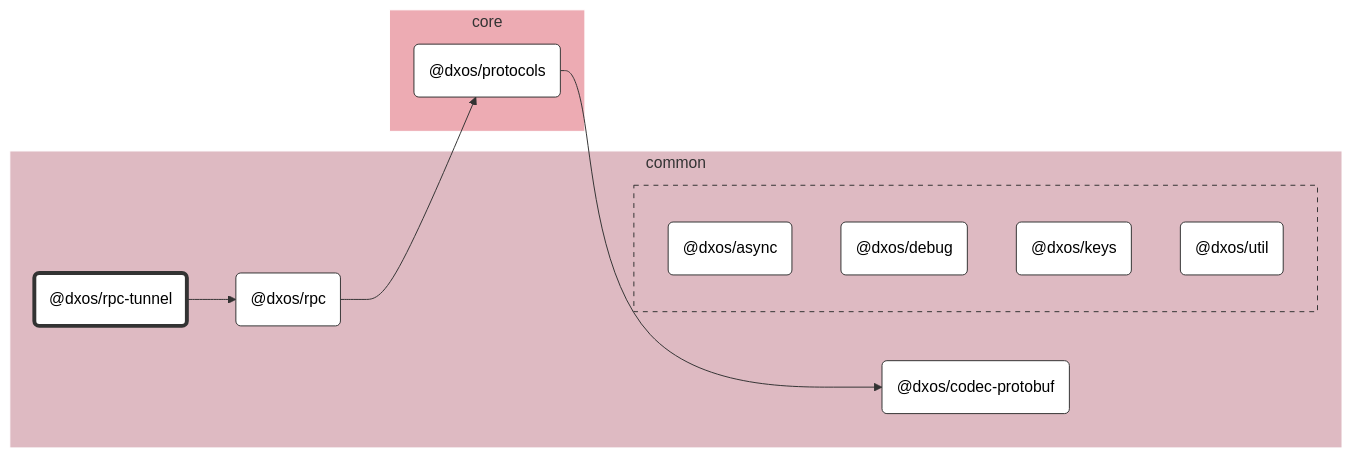
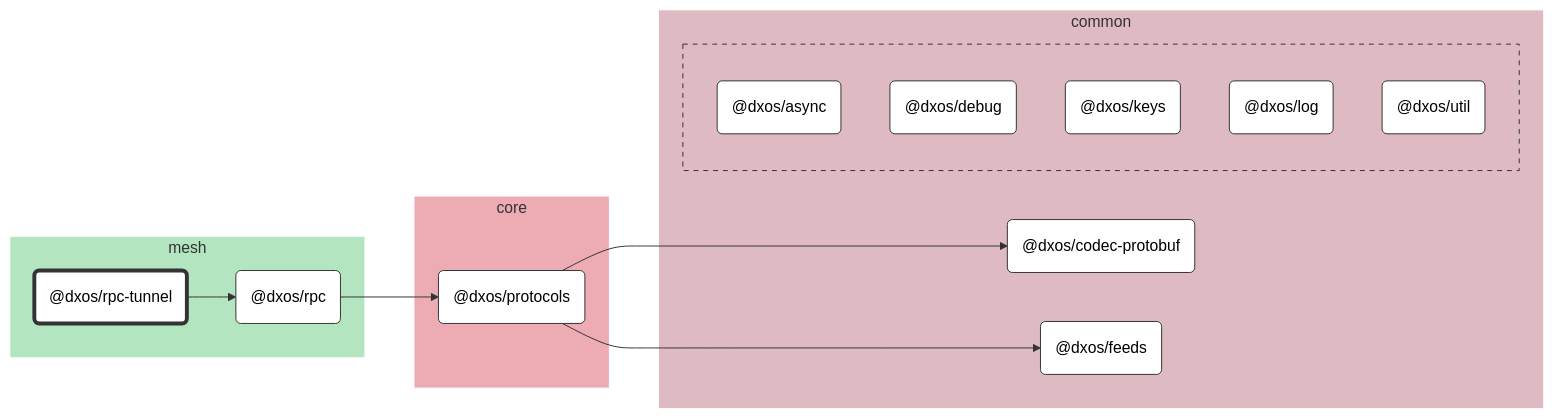
The diagram in packages/core/mesh/rpc-tunnel/docs/README.md (dxos/dxos), drawn with Mermaid (neutral theme) before and after one commit. The commit also changed other lines of this file and 64 other files, not shown here.

````diff
--- a/packages/core/mesh/rpc-tunnel/docs/README.md
+++ b/packages/core/mesh/rpc-tunnel/docs/README.md
@@ -7,45 +7,54 @@
 ```mermaid
 %%{ init: {'flowchart':{'curve':'basis'}} }%%
 
 flowchart LR
 
 %% Classes
 classDef def fill:#fff,stroke:#333,stroke-width:1px
 classDef root fill:#fff,stroke:#333,stroke-width:4px
 
 %% Nodes
 
-subgraph common [common]
-  style common fill:#debac2,stroke:#fff
+subgraph mesh [mesh]
+  style mesh fill:#b3e6c0,stroke:#fff
   dxos/rpc-tunnel("@dxos/rpc-tunnel"):::root
   click dxos/rpc-tunnel "dxos/dxos/tree/main/packages/core/mesh/rpc-tunnel/docs"
   dxos/rpc("@dxos/rpc"):::def
   click dxos/rpc "dxos/dxos/tree/main/packages/core/mesh/rpc/docs"
+end
+
+subgraph common [common]
+  style common fill:#debac2,stroke:#fff
   dxos/codec-protobuf("@dxos/codec-protobuf"):::def
   click dxos/codec-protobuf "dxos/dxos/tree/main/packages/common/codec-protobuf/docs"
+  dxos/feeds("@dxos/feeds"):::def
+  click dxos/feeds "dxos/dxos/tree/main/packages/common/feeds/docs"
 
   subgraph common-excluded [ ]
     style common-excluded fill:#debac2,stroke:#333,stroke-dasharray:5 5
     dxos/async("@dxos/async"):::def
     click dxos/async "dxos/dxos/tree/main/packages/common/async/docs"
     dxos/debug("@dxos/debug"):::def
     click dxos/debug "dxos/dxos/tree/main/packages/common/debug/docs"
     dxos/keys("@dxos/keys"):::def
     click dxos/keys "dxos/dxos/tree/main/packages/common/keys/docs"
+    dxos/log("@dxos/log"):::def
+    click dxos/log "dxos/dxos/tree/main/packages/common/log/docs"
     dxos/util("@dxos/util"):::def
     click dxos/util "dxos/dxos/tree/main/packages/common/util/docs"
   end
 end
 
 subgraph core [core]
   style core fill:#edabb3,stroke:#fff
   dxos/protocols("@dxos/protocols"):::def
   click dxos/protocols "dxos/dxos/tree/main/packages/core/protocols/docs"
 end
 
 %% Links
 linkStyle default stroke:#333,stroke-width:1px
 dxos/rpc-tunnel --> dxos/rpc
 dxos/rpc --> dxos/protocols
 dxos/protocols --> dxos/codec-protobuf
+dxos/protocols --> dxos/feeds
 ```
````
